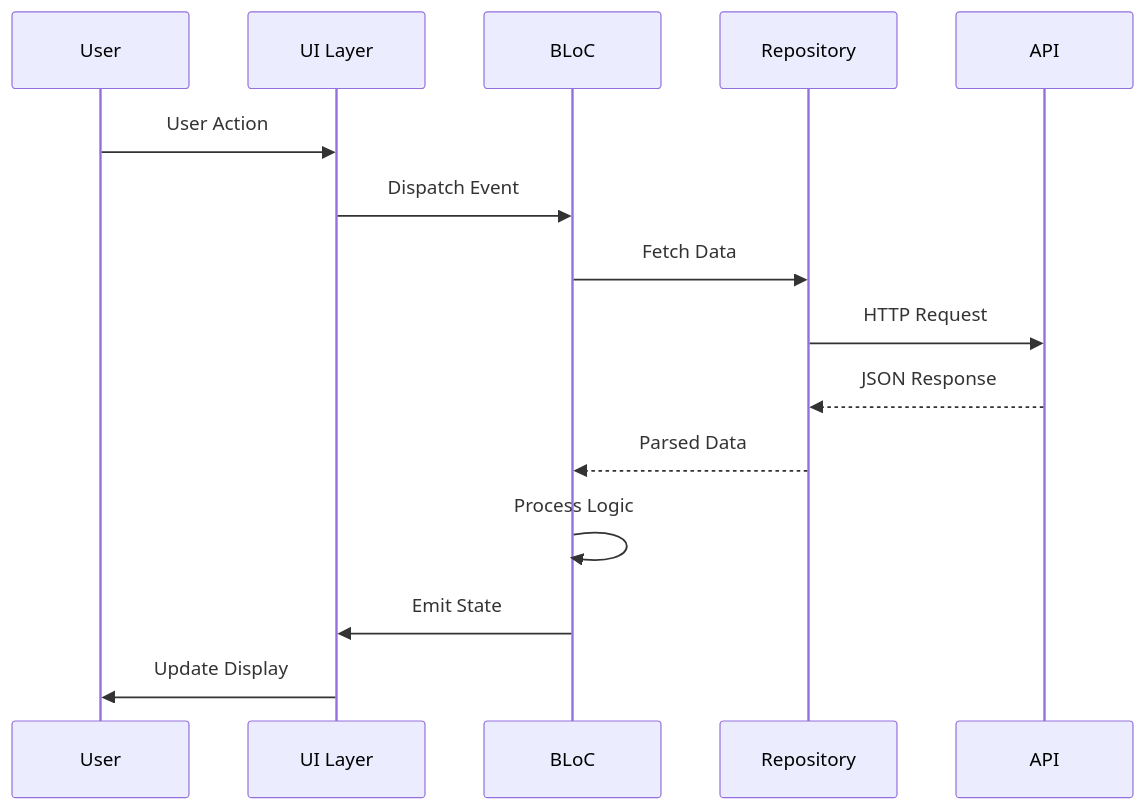
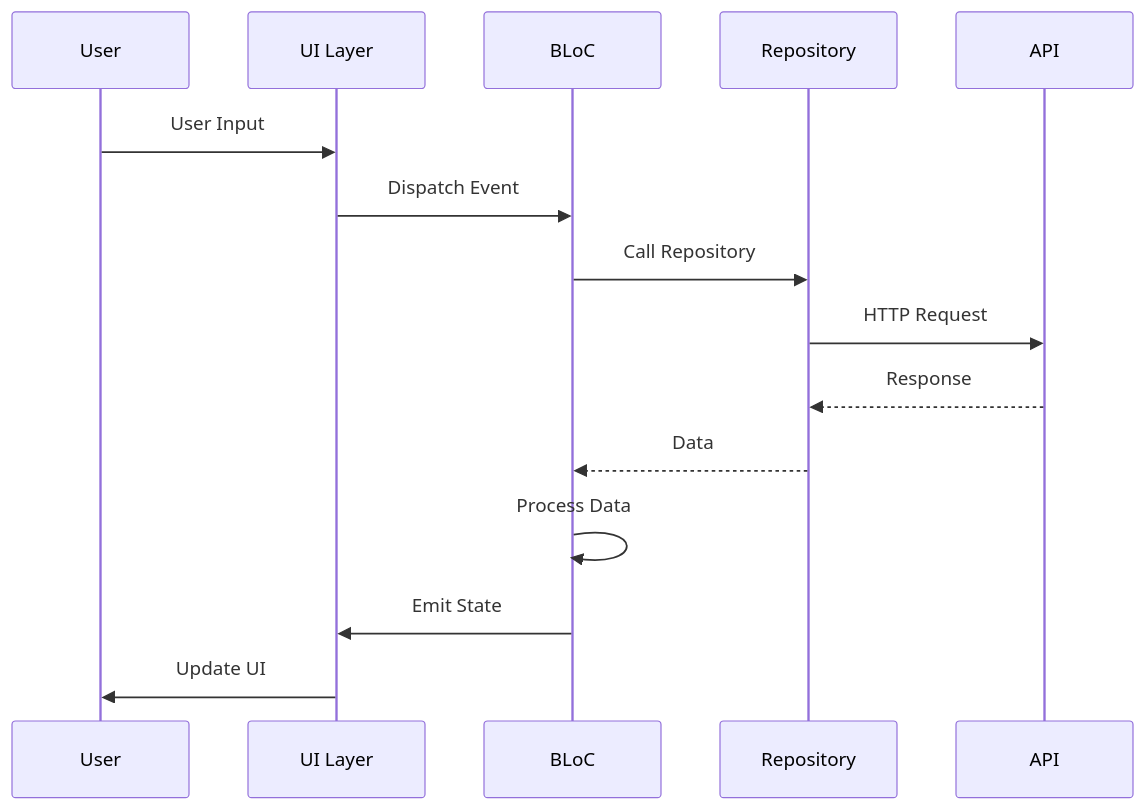
The third of 4 diagrams in README.md (mraj555/BlocLabs), drawn with Mermaid before and after one commit. The commit also changed other lines of this file, not shown here.

````diff
--- a/README.md
+++ b/README.md
@@ -215,18 +311,18 @@
 ```mermaid
 sequenceDiagram
     participant U as User
     participant UI as UI Layer
     participant B as BLoC
     participant R as Repository
     participant A as API
-    
-    U->>UI: User Action
+
+    U->>UI: User Input
     UI->>B: Dispatch Event
-    B->>R: Fetch Data
+    B->>R: Call Repository
     R->>A: HTTP Request
-    A-->>R: JSON Response
-    R-->>B: Parsed Data
-    B->>B: Process Logic
+    A-->>R: Response
+    R-->>B: Data
+    B->>B: Process Data
     B->>UI: Emit State
-    UI->>U: Update Display
+    UI->>U: Update UI
 ```
````
